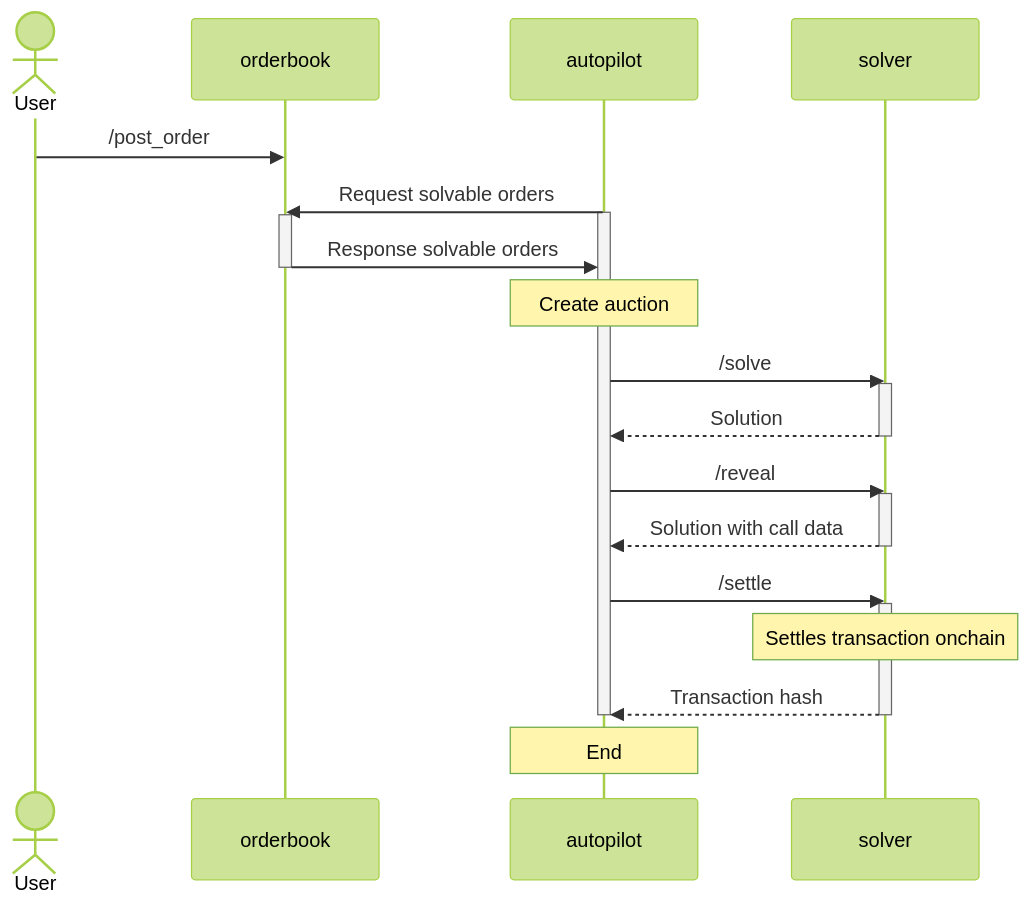
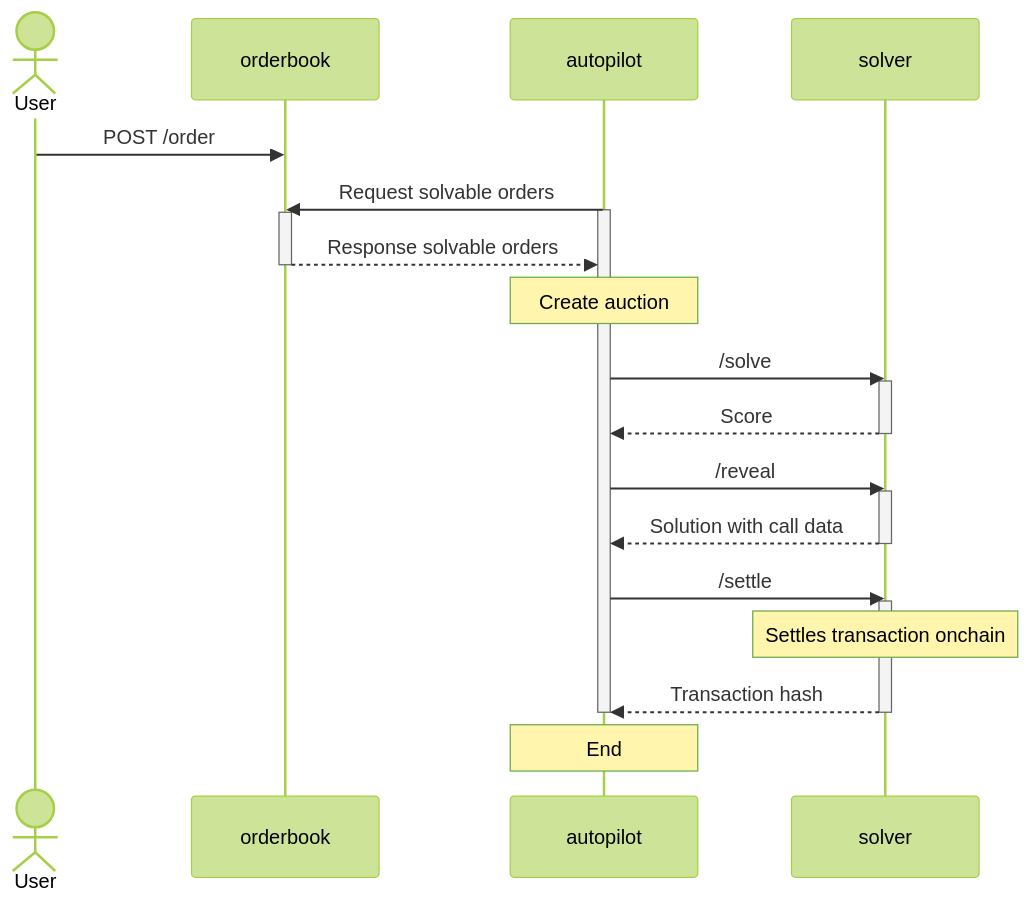
One commit to cowprotocol/docs changed the first of 2 diagrams in docs/cow-protocol/tutorials/arbitrate/README.mdx. Above: the diagram before and after it, drawn with Mermaid (forest theme).

Commit message:
Apply suggestions from code review

````diff
--- a/docs/cow-protocol/tutorials/arbitrate/README.mdx
+++ b/docs/cow-protocol/tutorials/arbitrate/README.mdx
@@ -56,30 +56,30 @@
 ```mermaid
 sequenceDiagram
     actor User
     participant orderbook
     participant autopilot
     participant solver
 
-    User->>orderbook: /post_order
+    User->>orderbook: POST /order
     autopilot->>orderbook: Request solvable orders
     activate autopilot
     activate orderbook
-    orderbook->>autopilot: Response solvable orders
+    orderbook-->>autopilot: Response solvable orders
     deactivate orderbook
     Note over autopilot: Create auction
     autopilot->>solver: /solve
     activate solver
-    solver-->>autopilot: Solution
+    solver-->>autopilot: Score
     deactivate solver
     autopilot->>solver: /reveal
     activate solver
     solver-->>autopilot: Solution with call data
     deactivate solver
     autopilot->>solver: /settle
     activate solver
     Note over solver: Settles transaction onchain
     solver-->>autopilot: Transaction hash
     deactivate solver
     deactivate autopilot
     Note over autopilot: End
 ```
````
